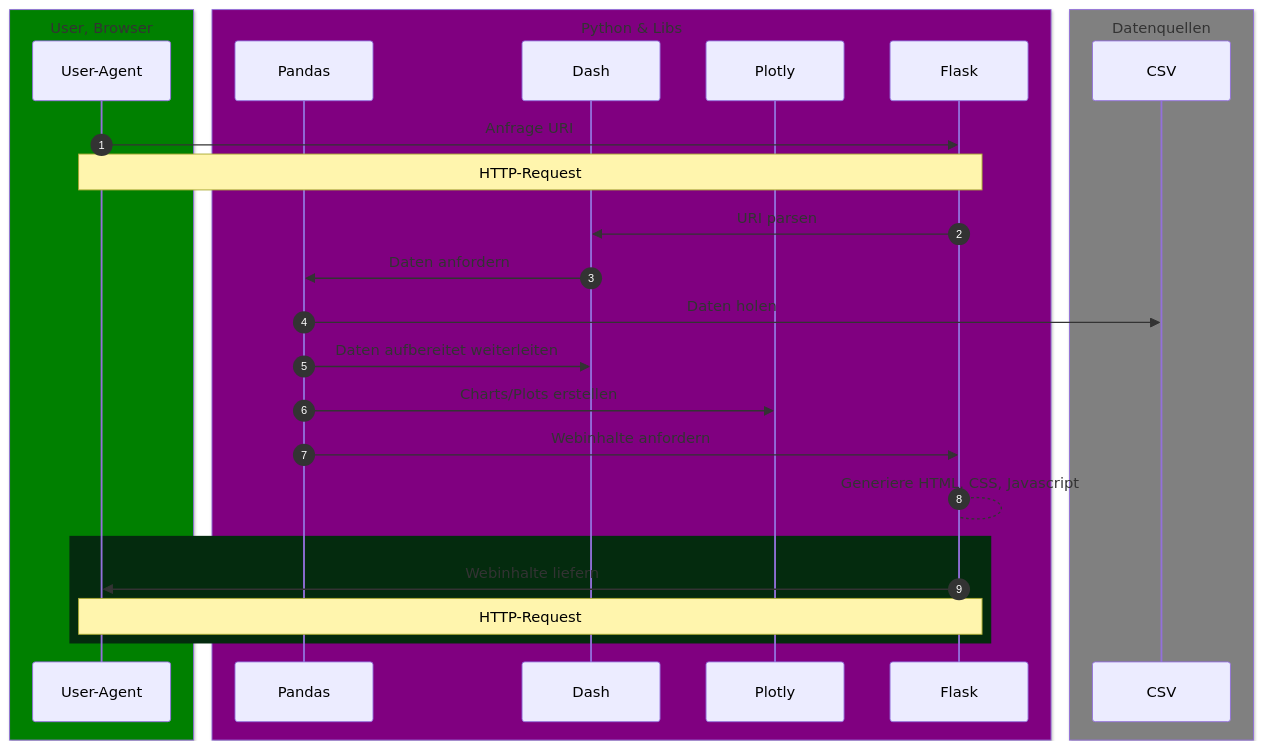
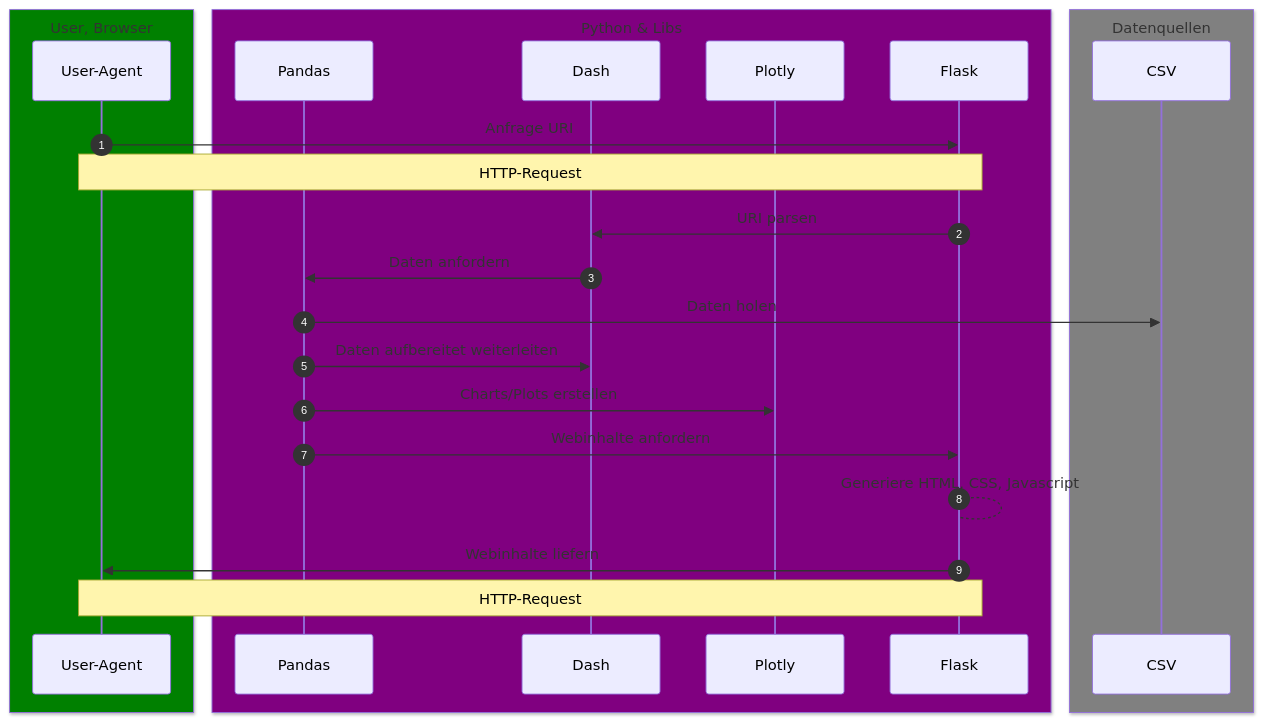
Before and after one commit to SchrodtSven/hca: the diagram in doq/dad2.md, drawn with Mermaid.

````diff
--- a/doq/dad2.md
+++ b/doq/dad2.md
@@ -3,37 +3,37 @@
 ```mermaid
 sequenceDiagram
 autonumber
     
     box Green User, Browser
     participant User-Agent
     end
 
     box Purple Python & Libs
     participant Pandas
     participant Dash
     participant Plotly
     participant Flask
     end
 
     box gray Datenquellen
     participant CSV
     end
     
     User-Agent->>Flask: Anfrage URI
     Note over User-Agent, Flask: HTTP-Request
     
     Flask->>Dash: URI parsen
     Dash->>Pandas: Daten anfordern
     Pandas ->> CSV: Daten holen
     Pandas ->> Dash: Daten aufbereitet weiterleiten
     Pandas ->> Plotly: Charts/Plots erstellen
     Pandas ->> Flask: Webinhalte anfordern 
     Flask --> Flask: Generiere HTML, CSS, Javascript
-    rect rgba(4, 43, 14, 1)
+    
     Flask->>User-Agent: Webinhalte liefern
     Note over User-Agent, Flask: HTTP-Request
-    end
+    
 
    
    
 ```
````
